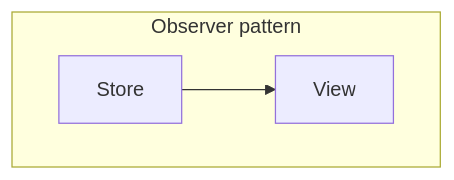
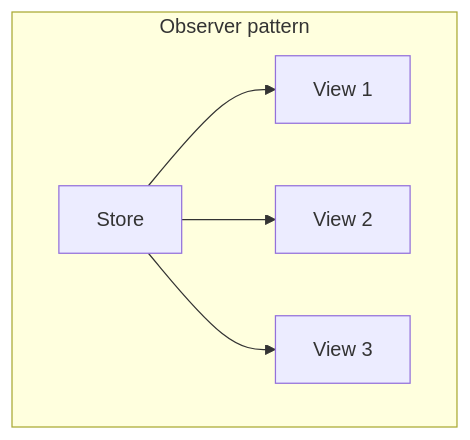
The second of 2 diagrams in docs/Plan/flux-pattern.mdx (MechaChen/mechachen.github.io), drawn with Mermaid before and after one commit. The commit also changed other lines of this file and 37 other files, not shown here.

````diff
--- a/docs/Plan/flux-pattern.mdx
+++ b/docs/Plan/flux-pattern.mdx
@@ -63,7 +77,9 @@
 ```mermaid
 flowchart LR
 subgraph Observer pattern
 direction LR
-Store --> View
+Store --> id1["View 1"]
+Store --> id2["View 2"]
+Store --> id3["View 3"]
 end
 ```
````
